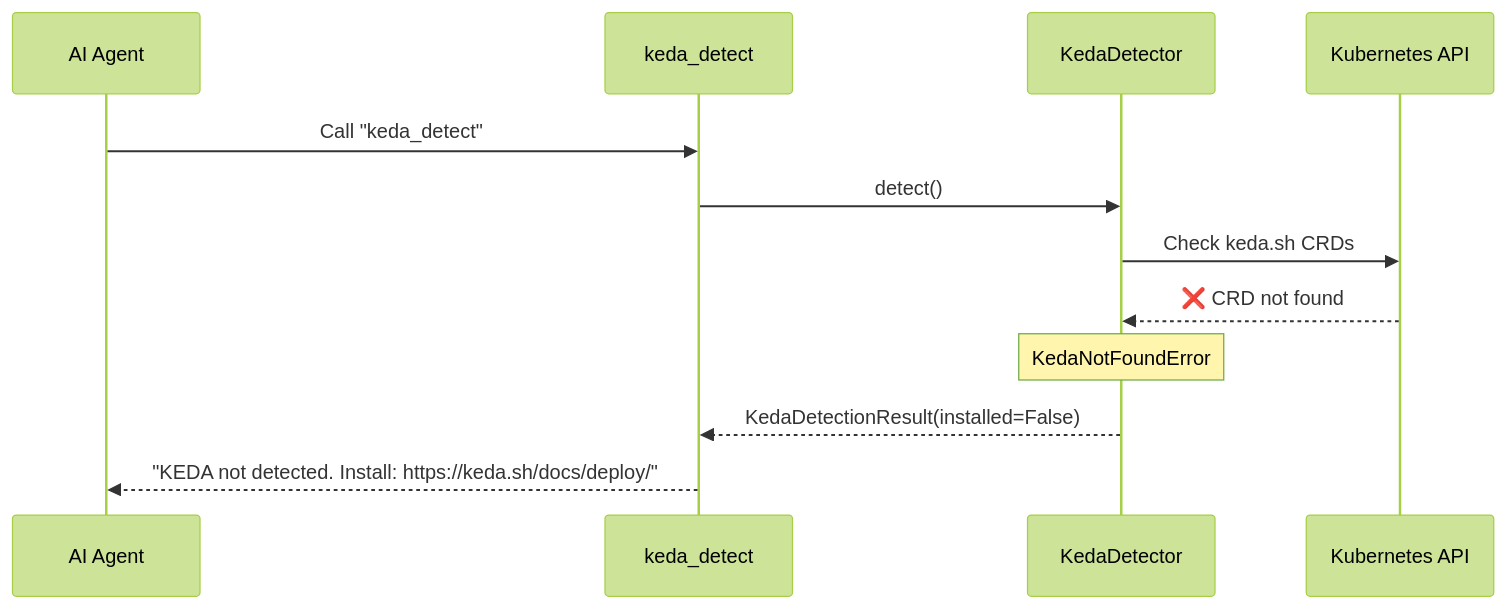
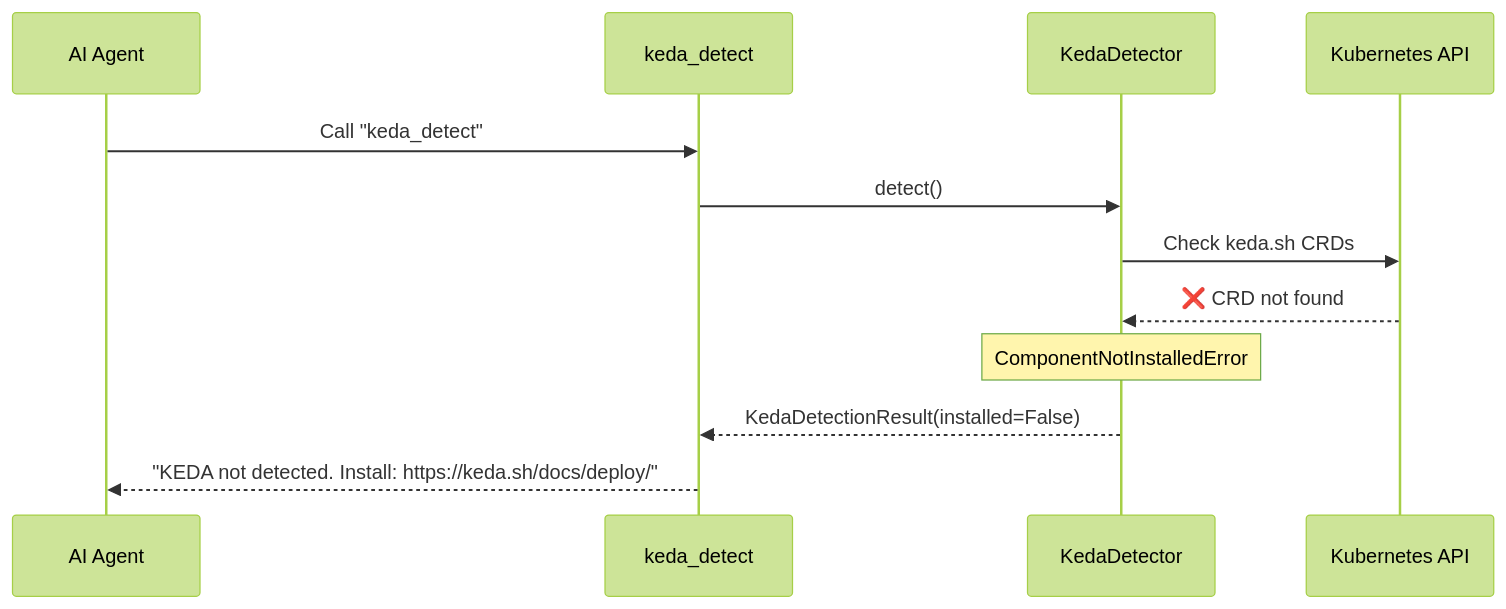
One commit to hexa-tools/hexawyn changed the fourth of 4 diagrams in docs/guides/45-keda-autoscaling.md. Above: the diagram before and after it, drawn with Mermaid (forest theme). The commit also changed other lines of this file and 12 other files, not shown here.

````diff
--- a/docs/guides/45-keda-autoscaling.md
+++ b/docs/guides/45-keda-autoscaling.md
@@ -85,17 +85,17 @@
 ```mermaid
 sequenceDiagram
     participant AI as AI Agent
     participant Tool as keda_detect
     participant Adapter as KedaDetector
     participant K8s as Kubernetes API
 
     AI->>Tool: Call "keda_detect"
     Tool->>Adapter: detect()
     Adapter->>K8s: Check keda.sh CRDs
     K8s-->>Adapter: ❌ CRD not found
 
-    Note over Adapter: KedaNotFoundError
+    Note over Adapter: ComponentNotInstalledError
 
     Adapter-->>Tool: KedaDetectionResult(installed=False)
     Tool-->>AI: "KEDA not detected. Install: https://keda.sh/docs/deploy/"
 ```
````
